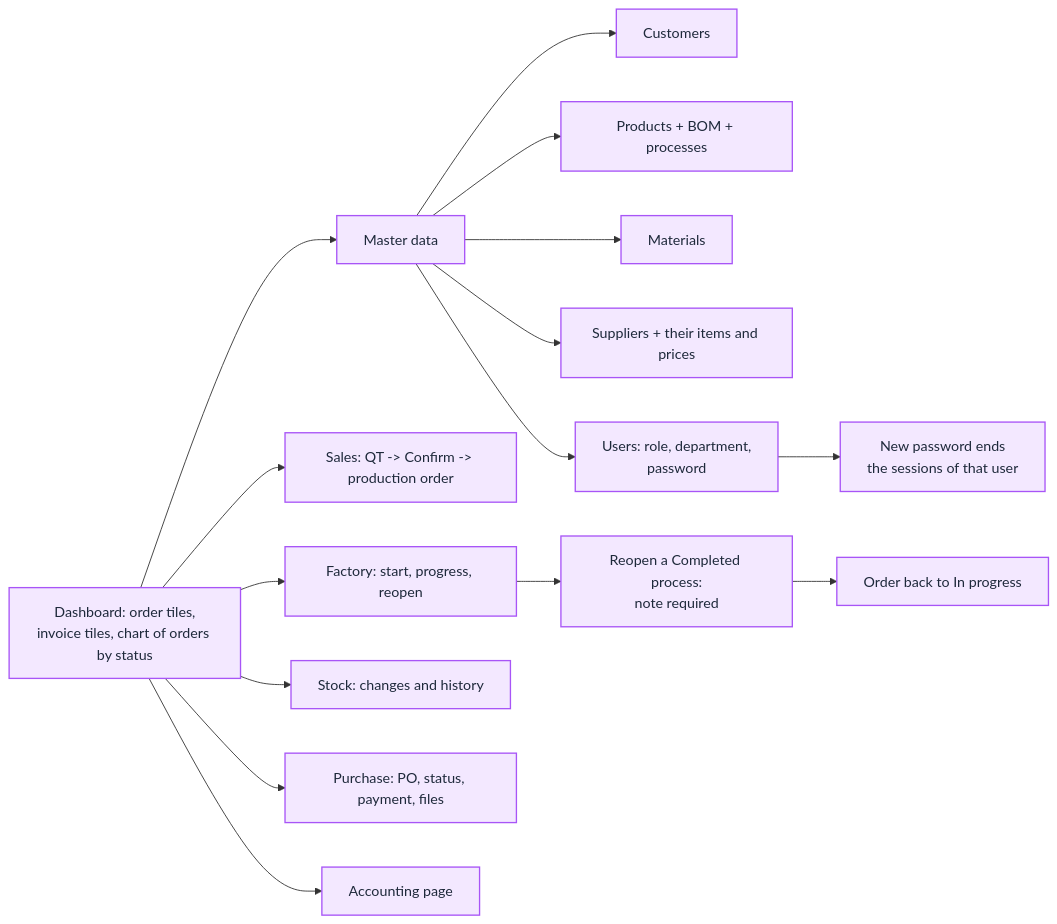
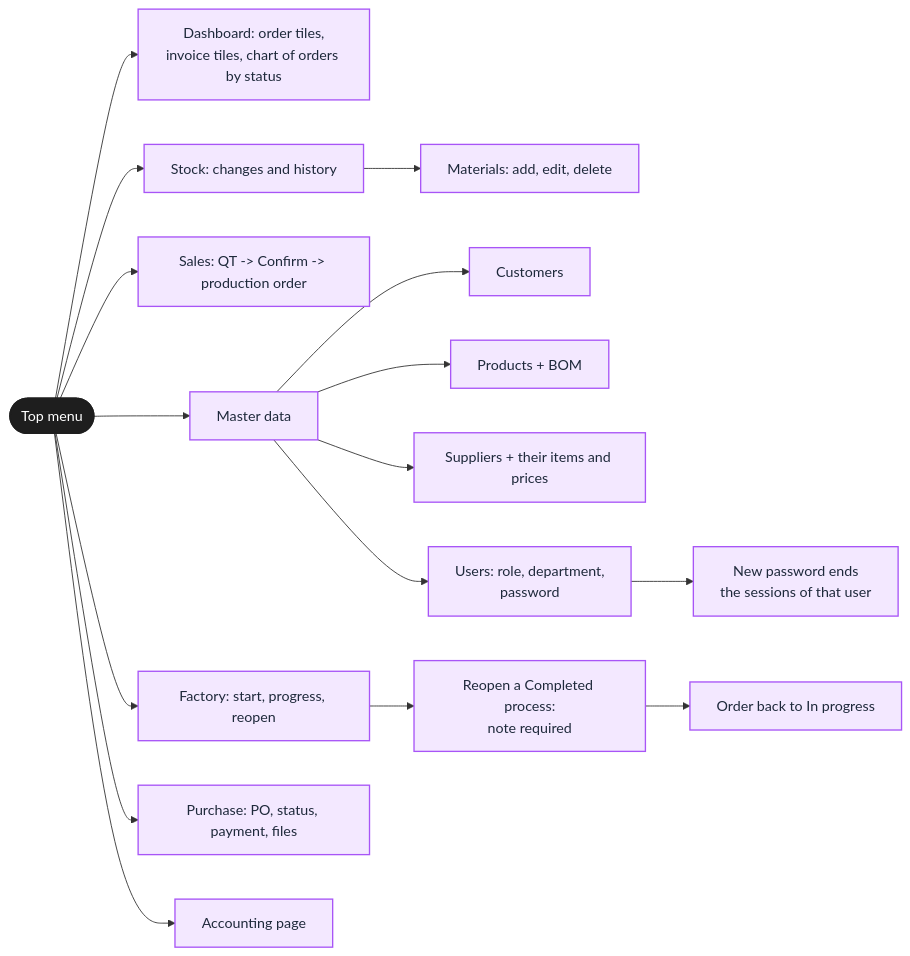
The ninth of 12 diagrams in docs/ProjectdocInfo/UserFlow/User Flow.md (Detmon0410/Base_Sample_ERP), drawn with Mermaid before and after one commit. The commit also changed other lines of this file and 12 other files, not shown here.

Commit message:
Diagrams follow the system: Accounting has a supplier side, Sale Worker does not edit orders, products have no processes and Materials are in Stock, the Dashboard only has order tiles, the Purchase page lists Low or Out materials, no mock in the architecture

````diff
--- a/docs/ProjectdocInfo/UserFlow/User Flow.md
+++ b/docs/ProjectdocInfo/UserFlow/User Flow.md
@@ -204,24 +203,26 @@
 ```mermaid
 flowchart LR
     classDef startEnd fill:#1e1e1e,stroke:#1e1e1e,color:#ffffff,stroke-width:2px;
     classDef action fill:#f3e8ff,stroke:#a855f7,color:#1e293b,stroke-width:1.5px;
     classDef decision fill:#e0f2fe,stroke:#0284c7,color:#1e293b,stroke-width:1.5px;
     classDef error fill:#fee2e2,stroke:#ef4444,color:#991b1b,stroke-width:1.5px;
 
-    D[Dashboard: order tiles,<br/>invoice tiles, chart of orders by status]:::action --> M[Master data]:::action
-    D --> Sa[Sales: QT -> Confirm -> production order]:::action
-    D --> Fa[Factory: start, progress, reopen]:::action
-    D --> St[Stock: changes and history]:::action
-    D --> Pu[Purchase: PO, status, payment, files]:::action
-    D --> Ac[Accounting page]:::action
+    Menu([Top menu]):::startEnd --> D[Dashboard: order tiles,<br/>invoice tiles, chart of orders by status]:::action
+    Menu --> M[Master data]:::action
+    Menu --> Sa[Sales: QT -> Confirm -> production order]:::action
+    Menu --> Fa[Factory: start, progress, reopen]:::action
+    Menu --> St[Stock: changes and history]:::action
+    Menu --> Pu[Purchase: PO, status, payment, files]:::action
+    Menu --> Ac[Accounting page]:::action
+
+    St --> St1[Materials: add, edit, delete]:::action
 
     M --> M1[Customers]:::action
-    M --> M2[Products + BOM + processes]:::action
-    M --> M3[Materials]:::action
+    M --> M2[Products + BOM]:::action
     M --> M4[Suppliers + their items and prices]:::action
     M --> M5[Users: role, department,<br/>password]:::action
     M5 --> U1[New password ends<br/>the sessions of that user]:::action
 
     Fa --> Fa1[Reopen a Completed process:<br/>note required]:::action
     Fa1 --> Fa2[Order back to In progress]:::action
 ```
````
